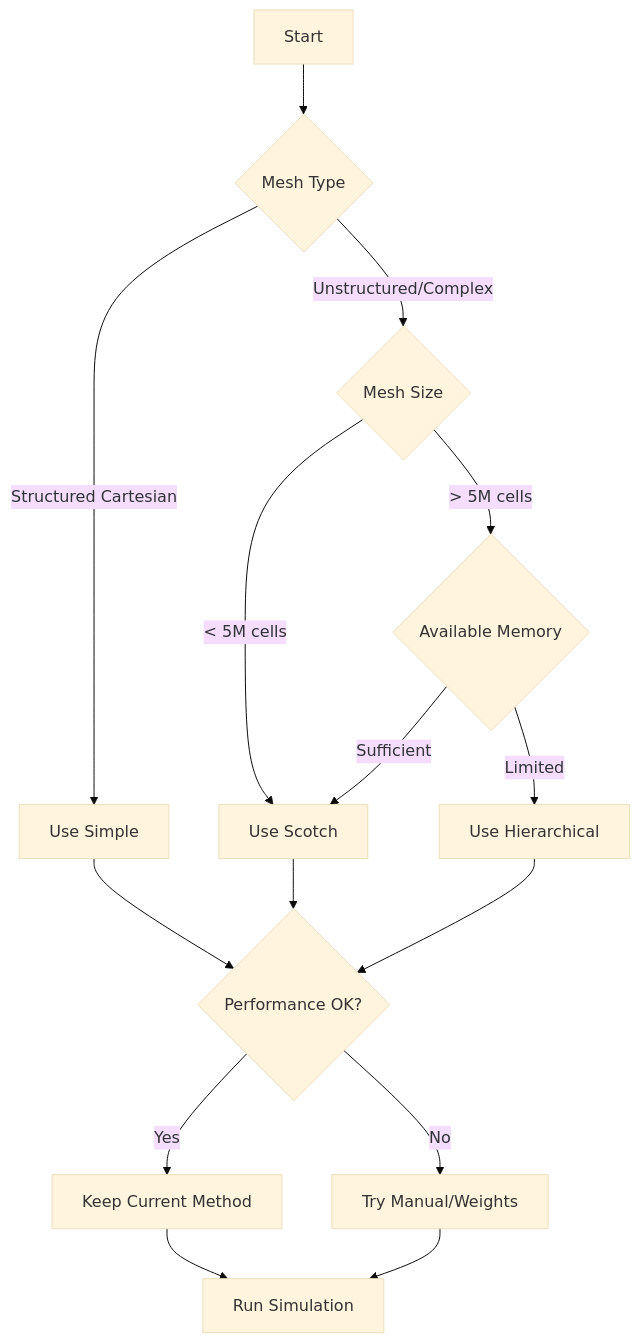
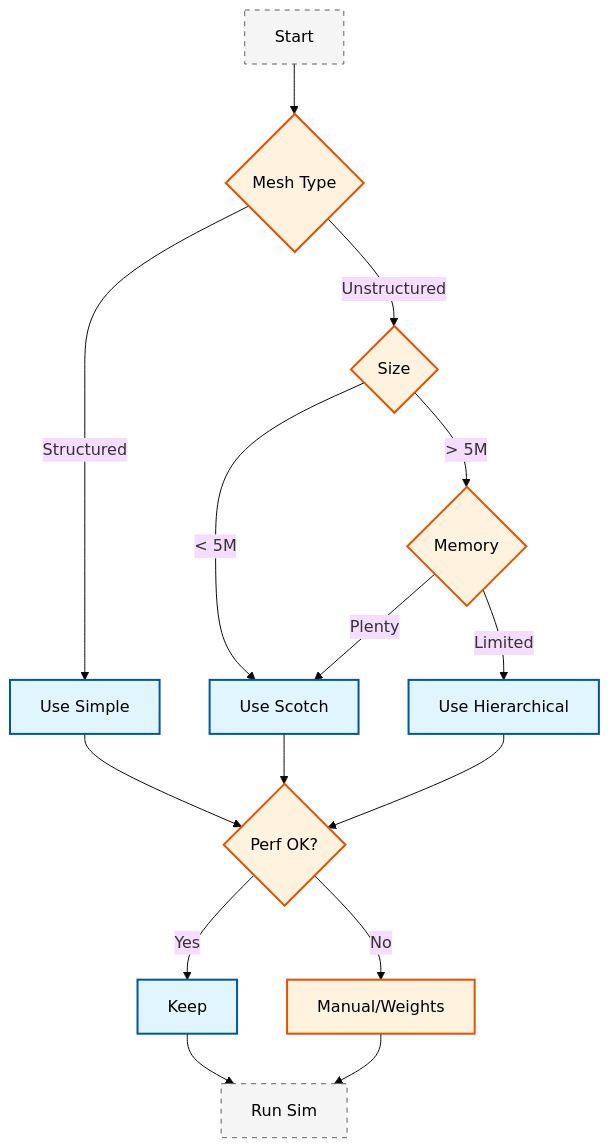
The second of 2 diagrams in MODULE_07_UTILITIES_AUTOMATION/CONTENT/06_PARALLEL_COMPUTING/01_Domain_Decomposition.md (wramet/build-my-cfd), drawn with Mermaid (base theme) before and after one commit. The commit also changed other lines of this file and 313 other files, not shown here.

Commit message:
Revise all diagram

````diff
--- a/MODULE_07_UTILITIES_AUTOMATION/CONTENT/06_PARALLEL_COMPUTING/01_Domain_Decomposition.md
+++ b/MODULE_07_UTILITIES_AUTOMATION/CONTENT/06_PARALLEL_COMPUTING/01_Domain_Decomposition.md
@@ -1115,22 +1111,17 @@
 ```mermaid
 flowchart TD
-    A[Start] --> B{Mesh Type}
-    B -->|Structured Cartesian| C[Use Simple]
-    B -->|Unstructured/Complex| D{Mesh Size}
-
-    D -->|< 5M cells| E[Use Scotch]
-    D -->|> 5M cells| F{Available Memory}
-
-    F -->|Sufficient| E
-    F -->|Limited| G[Use Hierarchical]
-
-    C --> H{Performance OK?}
-    E --> H
-    G --> H
-
-    H -->|Yes| I[Keep Current Method]
-    H -->|No| J[Try Manual/Weights]
-
-    I --> K[Run Simulation]
-    J --> K
+classDef implicit fill:#e1f5fe,stroke:#01579b,stroke-width:2px,color:#000
+classDef explicit fill:#fff3e0,stroke:#e65100,stroke-width:2px,color:#000
+classDef context fill:#f5f5f5,stroke:#616161,stroke-width:1px,color:#000,stroke-dasharray: 5 5
+A[Start]:::context --> B{Mesh Type}:::explicit
+B -->|Structured| C[Use Simple]:::implicit
+B -->|Unstructured| D{Size}:::explicit
+D -->|< 5M| E[Use Scotch]:::implicit
+D -->|> 5M| F{Memory}:::explicit
+F -->|Plenty| E
+F -->|Limited| G[Use Hierarchical]:::implicit
+C & E & G --> H{Perf OK?}:::explicit
+H -->|Yes| I[Keep]:::implicit
+H -->|No| J[Manual/Weights]:::explicit
+I & J --> K[Run Sim]:::context
 ```
````
